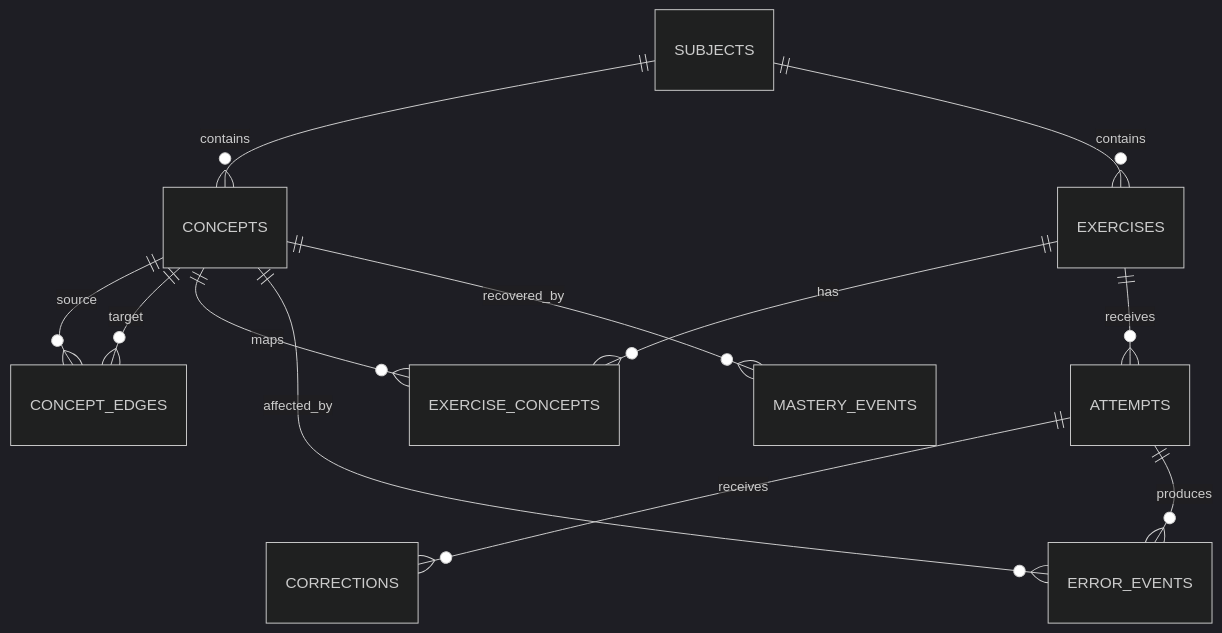
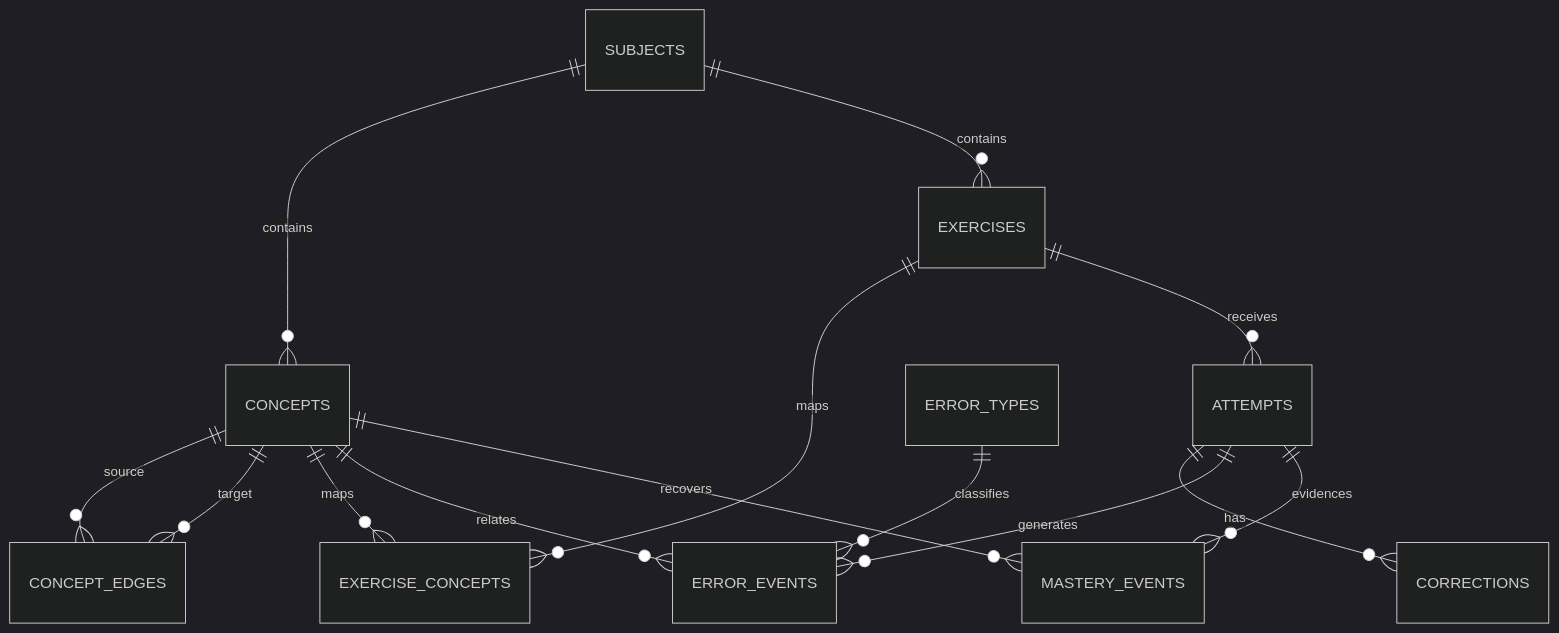
The fourth of 6 diagrams in .github/README.md (CFSJCODE/MistakeMap), drawn with Mermaid (dark theme) before and after one commit. The commit also changed other lines of this file and 1 other file, not shown here.

````diff
--- a/.github/README.md
+++ b/.github/README.md
@@ -538,14 +634,20 @@
 ```mermaid
 erDiagram
     SUBJECTS ||--o{ CONCEPTS : contains
     SUBJECTS ||--o{ EXERCISES : contains
+
     CONCEPTS ||--o{ CONCEPT_EDGES : source
     CONCEPTS ||--o{ CONCEPT_EDGES : target
-    EXERCISES ||--o{ EXERCISE_CONCEPTS : has
+
+    EXERCISES ||--o{ EXERCISE_CONCEPTS : maps
     CONCEPTS ||--o{ EXERCISE_CONCEPTS : maps
+
     EXERCISES ||--o{ ATTEMPTS : receives
-    ATTEMPTS ||--o{ CORRECTIONS : receives
-    ATTEMPTS ||--o{ ERROR_EVENTS : produces
-    CONCEPTS ||--o{ ERROR_EVENTS : affected_by
-    CONCEPTS ||--o{ MASTERY_EVENTS : recovered_by
+    ATTEMPTS ||--o{ CORRECTIONS : has
+    ATTEMPTS ||--o{ ERROR_EVENTS : generates
+
+    ERROR_TYPES ||--o{ ERROR_EVENTS : classifies
+    CONCEPTS ||--o{ ERROR_EVENTS : relates
+    CONCEPTS ||--o{ MASTERY_EVENTS : recovers
+    ATTEMPTS ||--o{ MASTERY_EVENTS : evidences
 ```
````
